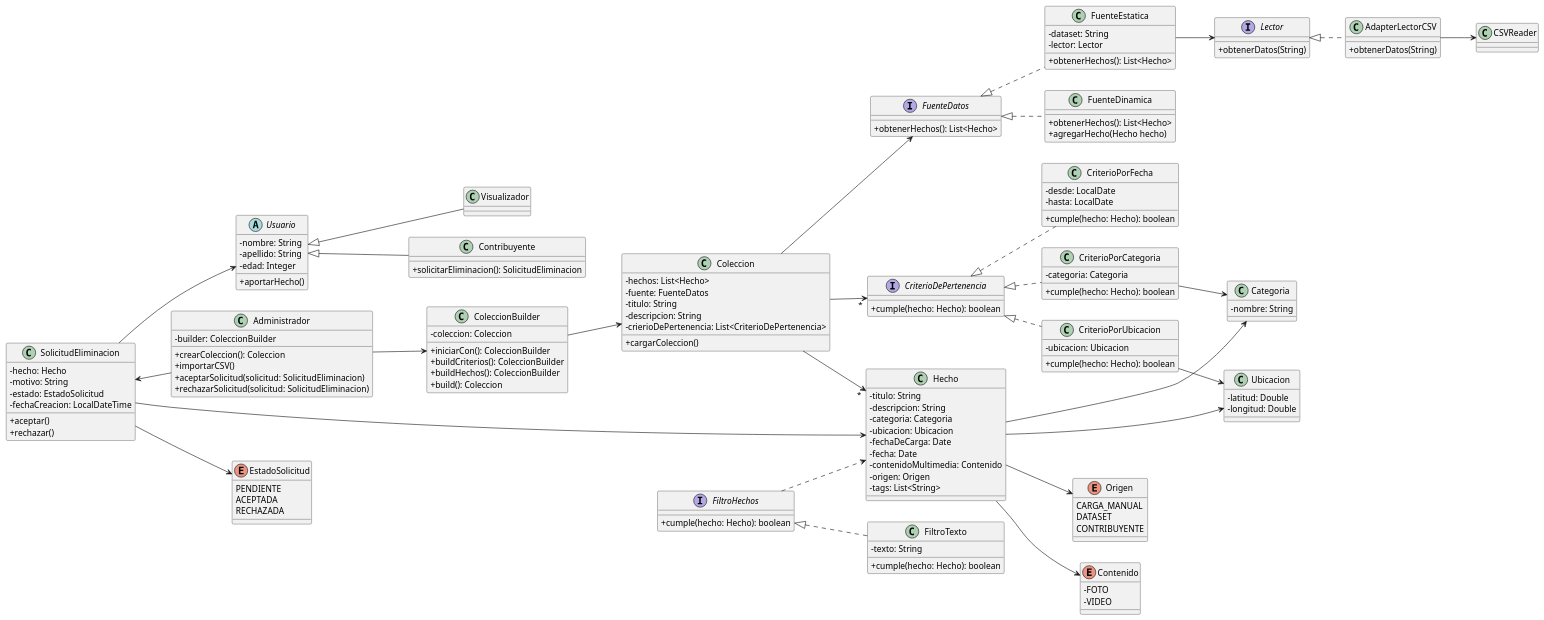
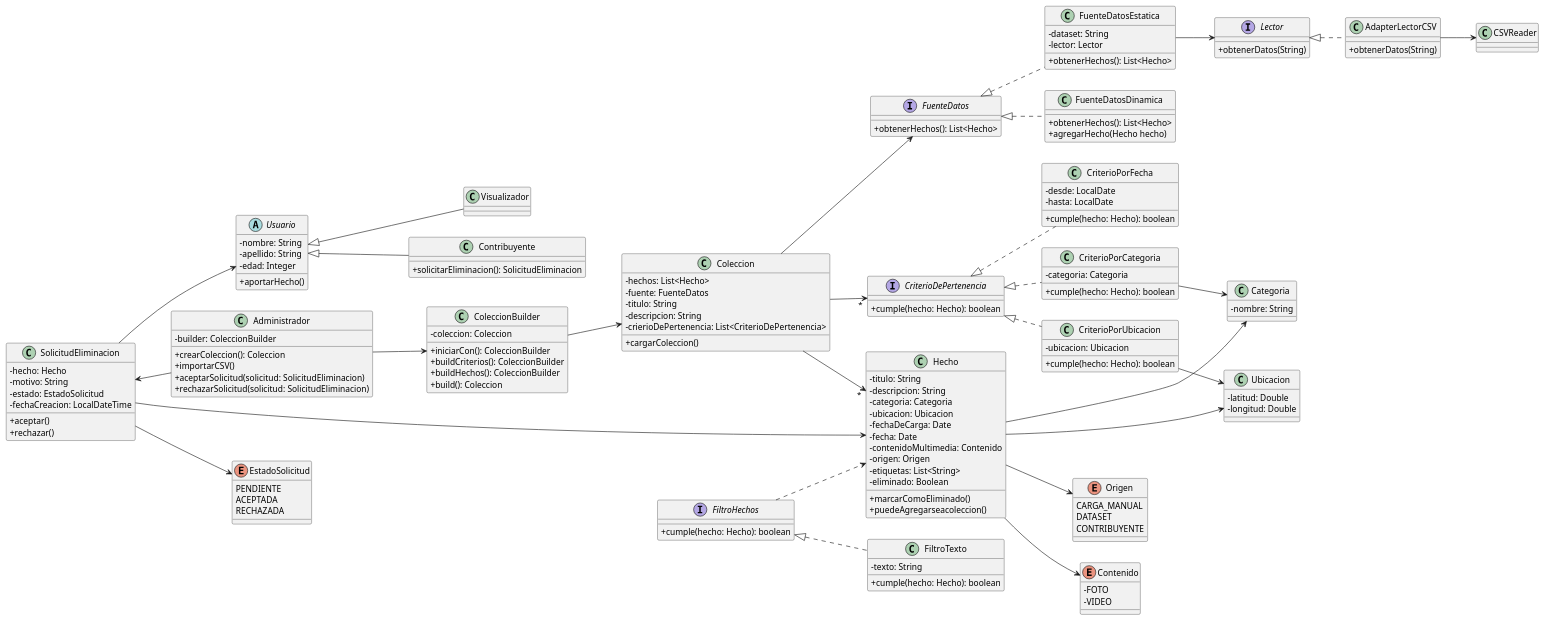
Before and after one commit to nicofernandez17/backend-arquitectura-limpia: the diagram in Diagrams/DC_V3.puml, drawn with PlantUML.

Commit message:
faltaban metodos y clases mal nombradas

```diff
--- a/Diagrams/DC_V3.puml
+++ b/Diagrams/DC_V3.puml
@@ -1,190 +1,193 @@
 @startuml
 left to right direction
 skinparam classAttributeIconSize 0
 
 '---------------------- Usuarios ----------------------
 abstract class Usuario {
     -nombre: String
     -apellido: String
     -edad: Integer
     +aportarHecho()
 }
 
 class Visualizador extends Usuario {
 
 }
 
 class Contribuyente extends Usuario {
     +solicitarEliminacion(): SolicitudEliminacion
 }
 
 class Administrador {
 
     -builder: ColeccionBuilder
     +crearColeccion(): Coleccion
     +importarCSV()
     +aceptarSolicitud(solicitud: SolicitudEliminacion)
     +rechazarSolicitud(solicitud: SolicitudEliminacion)
 
 }
 
 
 Administrador --> ColeccionBuilder
 ColeccionBuilder --> Coleccion
 
 
 
 '---------------------- Solicitud Eliminación ----------------------
 class SolicitudEliminacion {
     -hecho: Hecho
     -motivo: String
     -estado: EstadoSolicitud
     -fechaCreacion: LocalDateTime
 
     +aceptar()
     +rechazar()
 }
 
 enum EstadoSolicitud {
     PENDIENTE
     ACEPTADA
     RECHAZADA
 }
 
 SolicitudEliminacion --> Usuario
 SolicitudEliminacion --> Hecho
 SolicitudEliminacion --> EstadoSolicitud
 SolicitudEliminacion <-- Administrador
 
 '---------------------- Colecciones ----------------------
 class Coleccion {
     -hechos: List<Hecho>
     -fuente: FuenteDatos
     -titulo: String
     -descripcion: String
     -crierioDePertenencia: List<CriterioDePertenencia>
 
     +cargarColeccion()
 
 }
 
 class ColeccionBuilder {
 
     -coleccion: Coleccion
     +iniciarCon(): ColeccionBuilder
     +buildCriterios(): ColeccionBuilder
     +buildHechos(): ColeccionBuilder
     +build(): Coleccion
 
 }
 
 interface CriterioDePertenencia {
     +cumple(hecho: Hecho): boolean
 }
 
 class CriterioPorUbicacion implements CriterioDePertenencia {
     -ubicacion: Ubicacion
     +cumple(hecho: Hecho): boolean
 }
 
 class CriterioPorFecha implements CriterioDePertenencia {
     -desde: LocalDate
     -hasta: LocalDate
     +cumple(hecho: Hecho): boolean
 }
 
 class CriterioPorCategoria implements CriterioDePertenencia {
     -categoria: Categoria
     +cumple(hecho: Hecho): boolean
 }
 
 Coleccion --> "*" Hecho
 Coleccion --> FuenteDatos
 Coleccion --> "*" CriterioDePertenencia
 CriterioPorCategoria --> Categoria
 CriterioPorUbicacion --> Ubicacion
 
 '---------------------- Hechos ----------------------
 class Hecho {
     -titulo: String
     -descripcion: String
     -categoria: Categoria
     -ubicacion: Ubicacion
     -fechaDeCarga: Date
     -fecha: Date
     -contenidoMultimedia: Contenido
     -origen: Origen
-    -tags: List<String>
+    -etiquetas: List<String>
+    -eliminado: Boolean
+    +marcarComoEliminado()
+    +puedeAgregarseacoleccion()
 }
 
 class Categoria {
     -nombre: String
 }
 
 enum Origen {
     CARGA_MANUAL
     DATASET
     CONTRIBUYENTE
 }
 
 class Ubicacion {
     -latitud: Double
     -longitud: Double
 }
 
 enum Contenido {
     -FOTO
     -VIDEO
 }
 
 Hecho --> Categoria
 Hecho --> Ubicacion
 Hecho --> Origen
 Hecho --> Contenido
 
 '---------------------- Filtros de Hechos ----------------------
 interface FiltroHechos {
     +cumple(hecho: Hecho): boolean
 }
 
 class FiltroTexto implements FiltroHechos {
     -texto: String
     +cumple(hecho: Hecho): boolean
 }
 
 FiltroHechos ..> Hecho
 
 '---------------------- Fuentes de Datos ----------------------
 interface FuenteDatos {
     +obtenerHechos(): List<Hecho>
 }
 
-class FuenteEstatica implements FuenteDatos {
+class FuenteDatosEstatica implements FuenteDatos {
     -dataset: String
     -lector: Lector
     +obtenerHechos(): List<Hecho>
 }
 
-class FuenteDinamica implements FuenteDatos {
+class FuenteDatosDinamica implements FuenteDatos {
     +obtenerHechos(): List<Hecho>
     + agregarHecho(Hecho hecho)
 }
 
-FuenteEstatica --> Lector
+FuenteDatosEstatica --> Lector
 
 '---------------------- Lectores ----------------------
 interface Lector {
     +obtenerDatos(String)
 }
 
 class AdapterLectorCSV implements Lector {
 
     +obtenerDatos(String)
 }
 
 class CSVReader {
 
 }
 AdapterLectorCSV --> CSVReader
 
 @enduml
```
